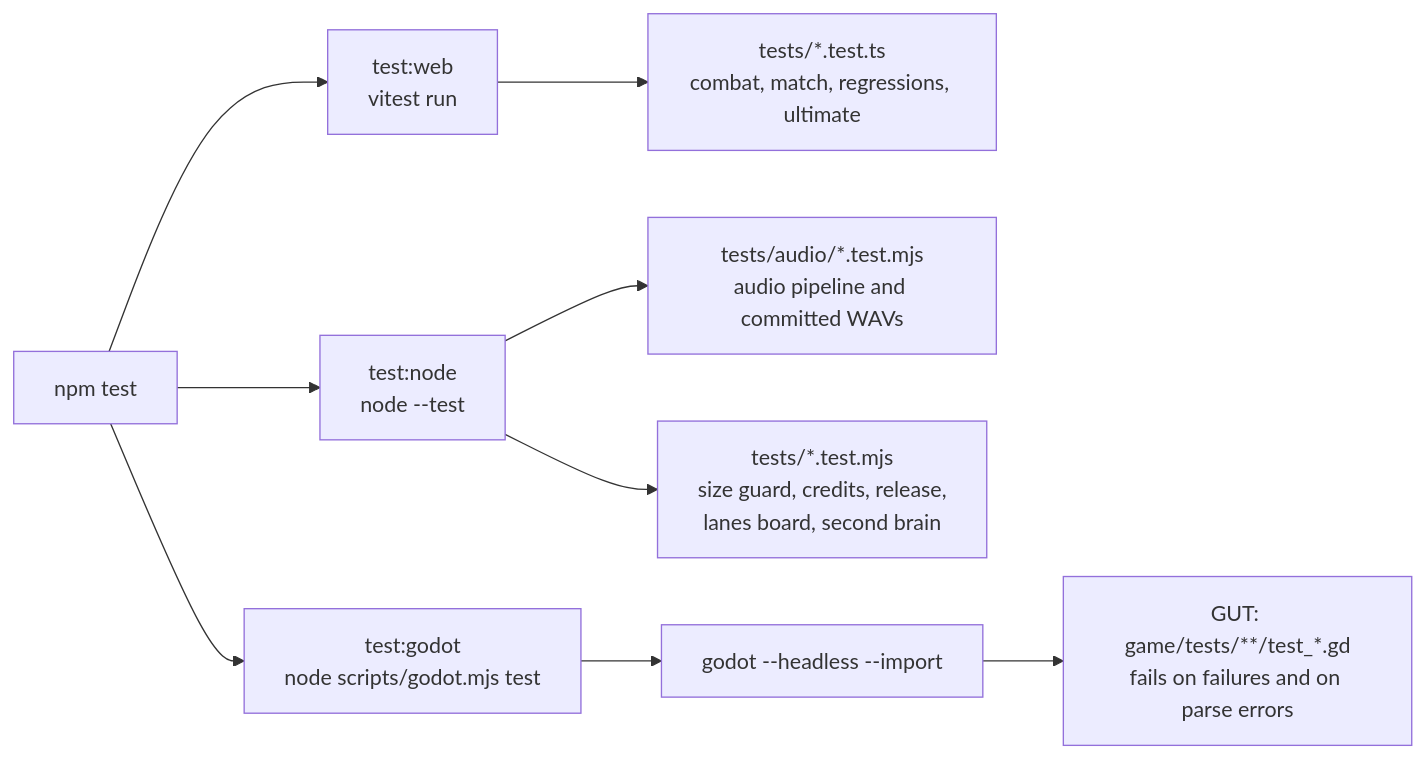
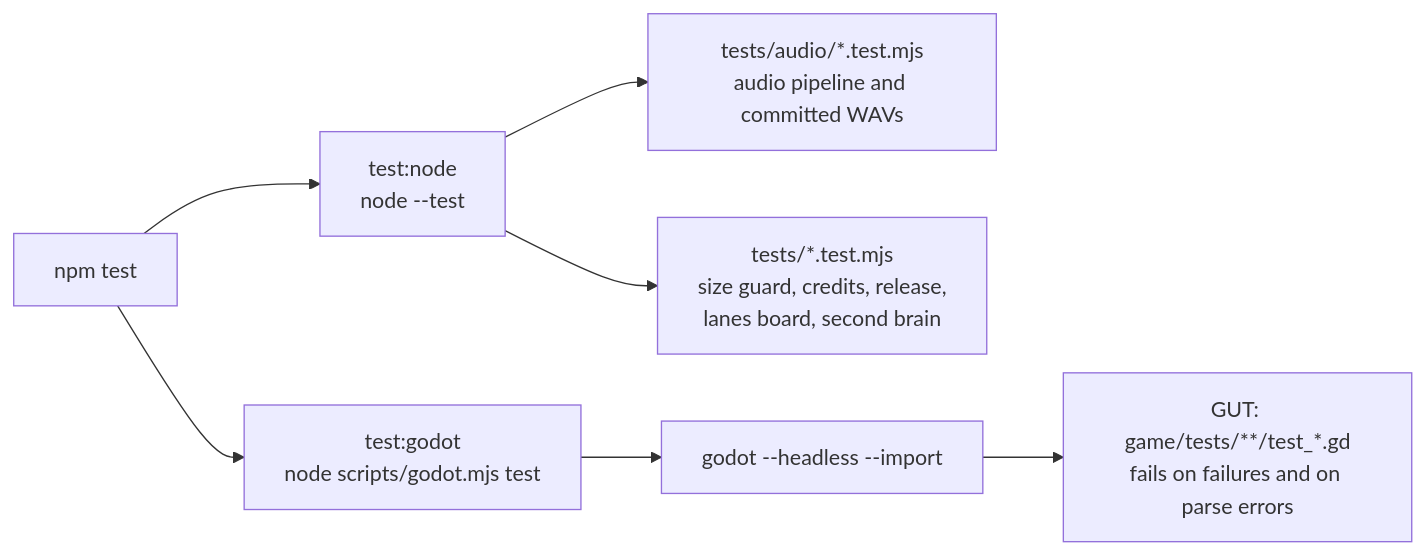
One commit to Arod231/monomachia changed diagram 19 of 22 in docs/architecture.md. Above: the diagram before and after it, drawn with Mermaid. The commit also changed other lines of this file and 130 other files, not shown here.

````diff
--- a/docs/architecture.md
+++ b/docs/architecture.md
@@ -902,11 +893,9 @@
 ```mermaid
 flowchart LR
-    NT["npm test"] --> W["test:web<br/>vitest run"]
-    NT --> N["test:node<br/>node --test"]
+    NT["npm test"] --> N["test:node<br/>node --test"]
     NT --> G["test:godot<br/>node scripts/godot.mjs test"]
-    W --> WT["tests/*.test.ts<br/>combat, match, regressions, ultimate"]
     N --> WA["tests/audio/*.test.mjs<br/>audio pipeline and committed WAVs"]
     N --> WS["tests/*.test.mjs<br/>size guard, credits, release,<br/>lanes board, second brain"]
     G --> IMP["godot --headless --import"]
     IMP --> GUT["GUT: game/tests/**/test_*.gd<br/>fails on failures and on parse errors"]
 ```
````
